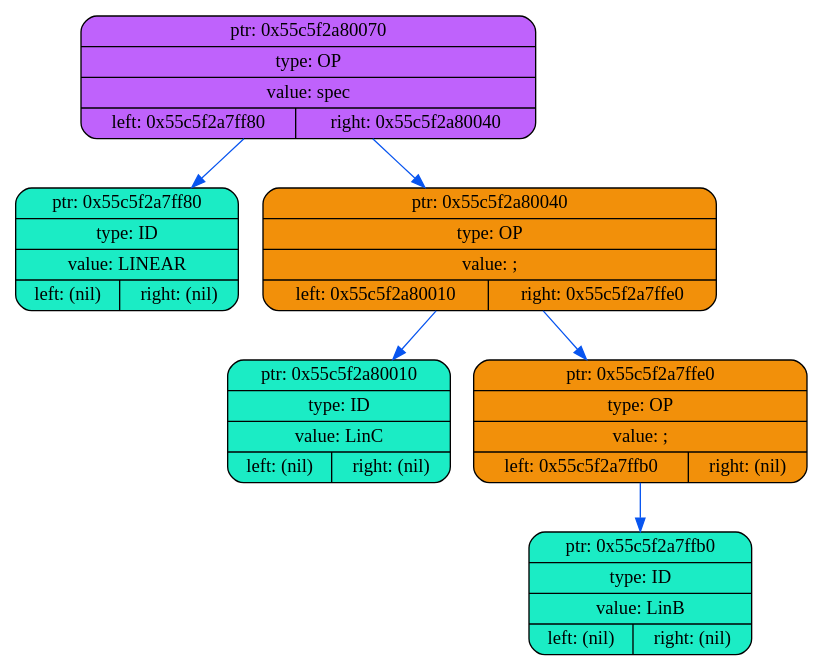
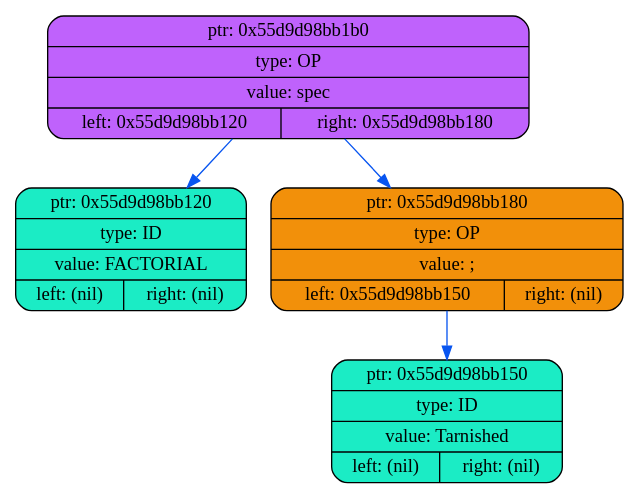
The diagram in frontend/dumpdump1.dot (coffee8cat/Elden-language), drawn with Graphviz before and after one commit. The commit also changed 11 other files, not shown here.

```diff
--- a/frontend/dumpdump1.dot
+++ b/frontend/dumpdump1.dot
@@ -1,16 +1,12 @@
 digraph
 {
     rankdir=TP
 
-        node0x55c5f2a80070[shape=record,style="rounded,filled",fillcolor="#BF62FC",label="{ ptr: 0x55c5f2a80070 | type: OP | value: spec| { left: 0x55c5f2a7ff80 | right: 0x55c5f2a80040 }}"];
-    node0x55c5f2a80070 -> node0x55c5f2a7ff80[color="#0855F0"]
-    node0x55c5f2a7ff80[shape=record,style="rounded,filled",fillcolor="#1BECC5",label="{ ptr: 0x55c5f2a7ff80 | type: ID | value: LINEAR| { left: (nil) | right: (nil) }}"];
-    node0x55c5f2a80070 -> node0x55c5f2a80040[color="#0855F0"]
-    node0x55c5f2a80040[shape=record,style="rounded,filled",fillcolor="#F2900A",label="{ ptr: 0x55c5f2a80040 | type: OP | value: ;| { left: 0x55c5f2a80010 | right: 0x55c5f2a7ffe0 }}"];
-    node0x55c5f2a80040 -> node0x55c5f2a80010[color="#0855F0"]
-    node0x55c5f2a80010[shape=record,style="rounded,filled",fillcolor="#1BECC5",label="{ ptr: 0x55c5f2a80010 | type: ID | value: LinC| { left: (nil) | right: (nil) }}"];
-    node0x55c5f2a80040 -> node0x55c5f2a7ffe0[color="#0855F0"]
-    node0x55c5f2a7ffe0[shape=record,style="rounded,filled",fillcolor="#F2900A",label="{ ptr: 0x55c5f2a7ffe0 | type: OP | value: ;| { left: 0x55c5f2a7ffb0 | right: (nil) }}"];
-    node0x55c5f2a7ffe0 -> node0x55c5f2a7ffb0[color="#0855F0"]
-    node0x55c5f2a7ffb0[shape=record,style="rounded,filled",fillcolor="#1BECC5",label="{ ptr: 0x55c5f2a7ffb0 | type: ID | value: LinB| { left: (nil) | right: (nil) }}"];
+        node0x55d9d98bb1b0[shape=record,style="rounded,filled",fillcolor="#BF62FC",label="{ ptr: 0x55d9d98bb1b0 | type: OP | value: spec| { left: 0x55d9d98bb120 | right: 0x55d9d98bb180 }}"];
+    node0x55d9d98bb1b0 -> node0x55d9d98bb120[color="#0855F0"]
+    node0x55d9d98bb120[shape=record,style="rounded,filled",fillcolor="#1BECC5",label="{ ptr: 0x55d9d98bb120 | type: ID | value: FACTORIAL| { left: (nil) | right: (nil) }}"];
+    node0x55d9d98bb1b0 -> node0x55d9d98bb180[color="#0855F0"]
+    node0x55d9d98bb180[shape=record,style="rounded,filled",fillcolor="#F2900A",label="{ ptr: 0x55d9d98bb180 | type: OP | value: ;| { left: 0x55d9d98bb150 | right: (nil) }}"];
+    node0x55d9d98bb180 -> node0x55d9d98bb150[color="#0855F0"]
+    node0x55d9d98bb150[shape=record,style="rounded,filled",fillcolor="#1BECC5",label="{ ptr: 0x55d9d98bb150 | type: ID | value: Tarnished| { left: (nil) | right: (nil) }}"];
 }
```
